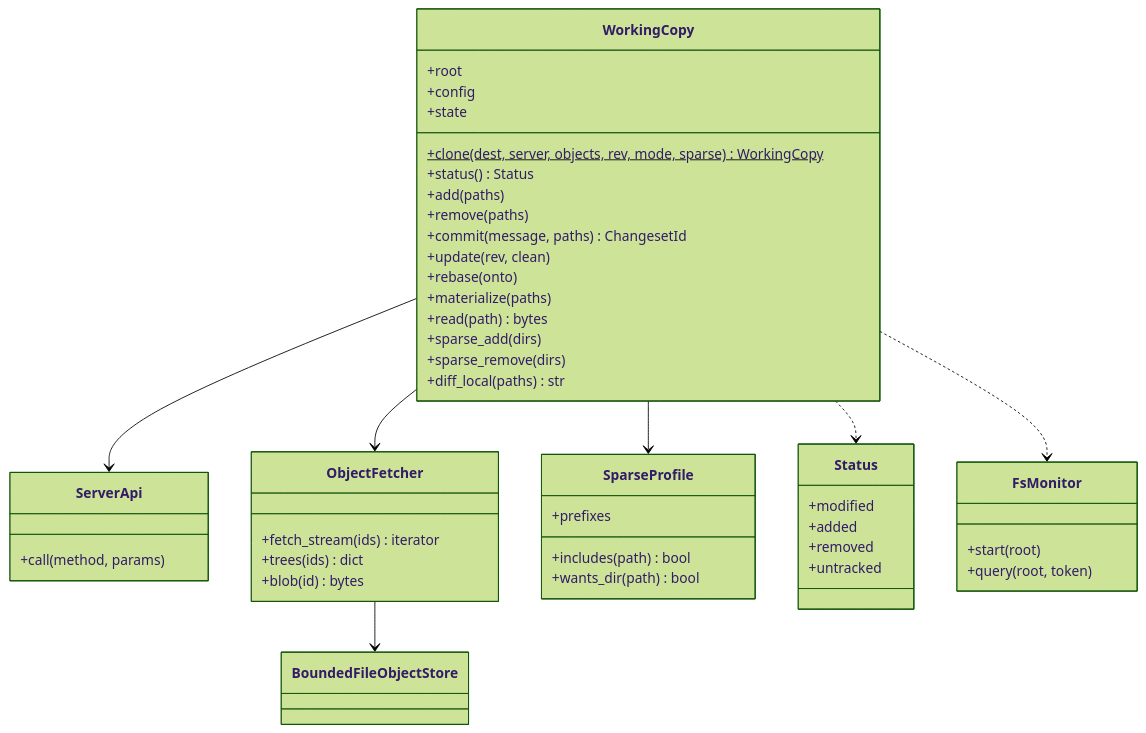
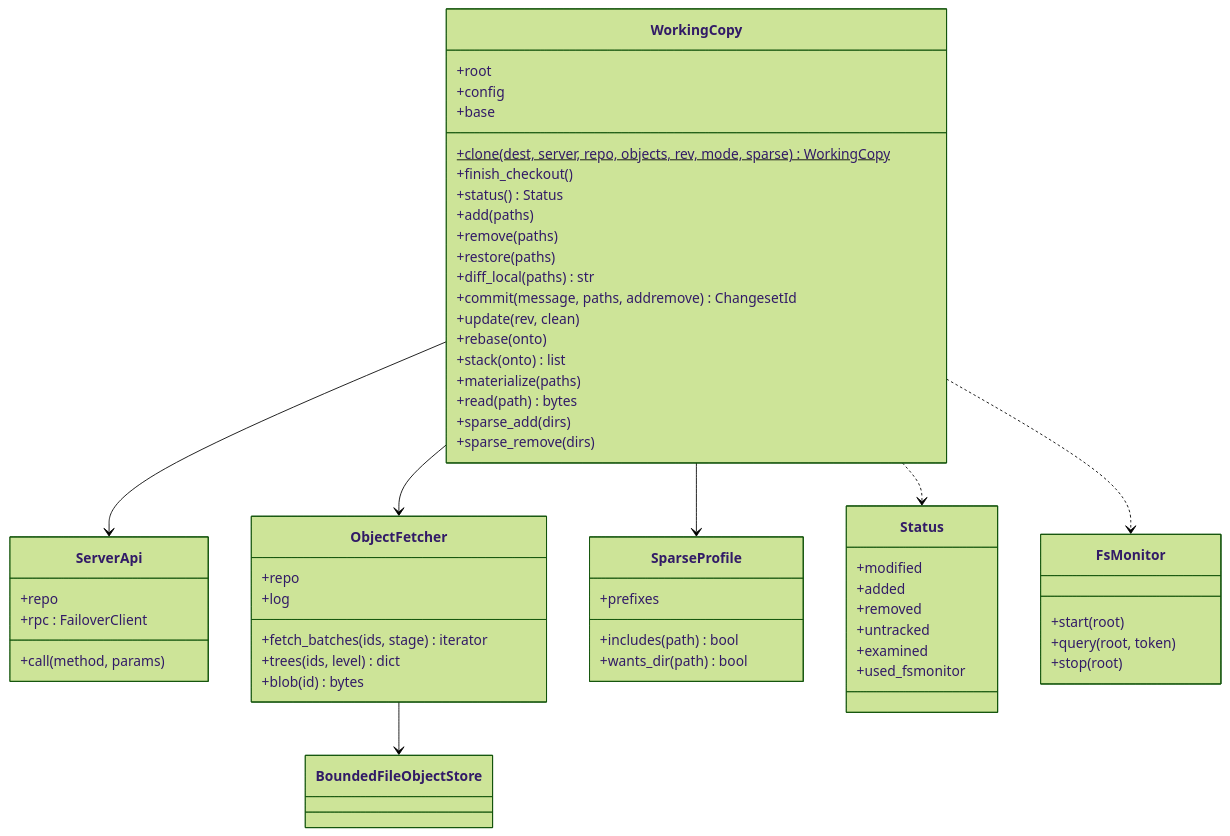
One commit to Space-Trucker/AIresume changed the seventh of 25 diagrams in scion/docs/design/06-uml.md. Above: the diagram before and after it, drawn with Mermaid (forest theme). The commit also changed other lines of this file and 31 other files, not shown here.

````diff
--- a/scion/docs/design/06-uml.md
+++ b/scion/docs/design/06-uml.md
@@ -442,49 +485,59 @@
 ```mermaid
 classDiagram
   class WorkingCopy {
     +root
     +config
-    +state
-    +clone(dest, server, objects, rev, mode, sparse)$ WorkingCopy
+    +base
+    +clone(dest, server, repo, objects, rev, mode, sparse)$ WorkingCopy
+    +finish_checkout()
     +status() Status
     +add(paths)
     +remove(paths)
-    +commit(message, paths) ChangesetId
+    +restore(paths)
+    +diff_local(paths) str
+    +commit(message, paths, addremove) ChangesetId
     +update(rev, clean)
     +rebase(onto)
+    +stack(onto) list
     +materialize(paths)
     +read(path) bytes
     +sparse_add(dirs)
     +sparse_remove(dirs)
-    +diff_local(paths) str
   }
   class ServerApi {
+    +repo
+    +rpc : FailoverClient
     +call(method, params)
   }
   class ObjectFetcher {
-    +fetch_stream(ids) iterator
-    +trees(ids) dict
+    +repo
+    +log
+    +fetch_batches(ids, stage) iterator
+    +trees(ids, level) dict
     +blob(id) bytes
   }
   class SparseProfile {
     +prefixes
     +includes(path) bool
     +wants_dir(path) bool
   }
   class Status {
     +modified
     +added
     +removed
     +untracked
+    +examined
+    +used_fsmonitor
   }
   class FsMonitor {
     +start(root)
     +query(root, token)
+    +stop(root)
   }
   WorkingCopy --> ServerApi
   WorkingCopy --> ObjectFetcher
   WorkingCopy --> SparseProfile
   WorkingCopy ..> Status
   WorkingCopy ..> FsMonitor
   ObjectFetcher --> BoundedFileObjectStore
 ```
````
